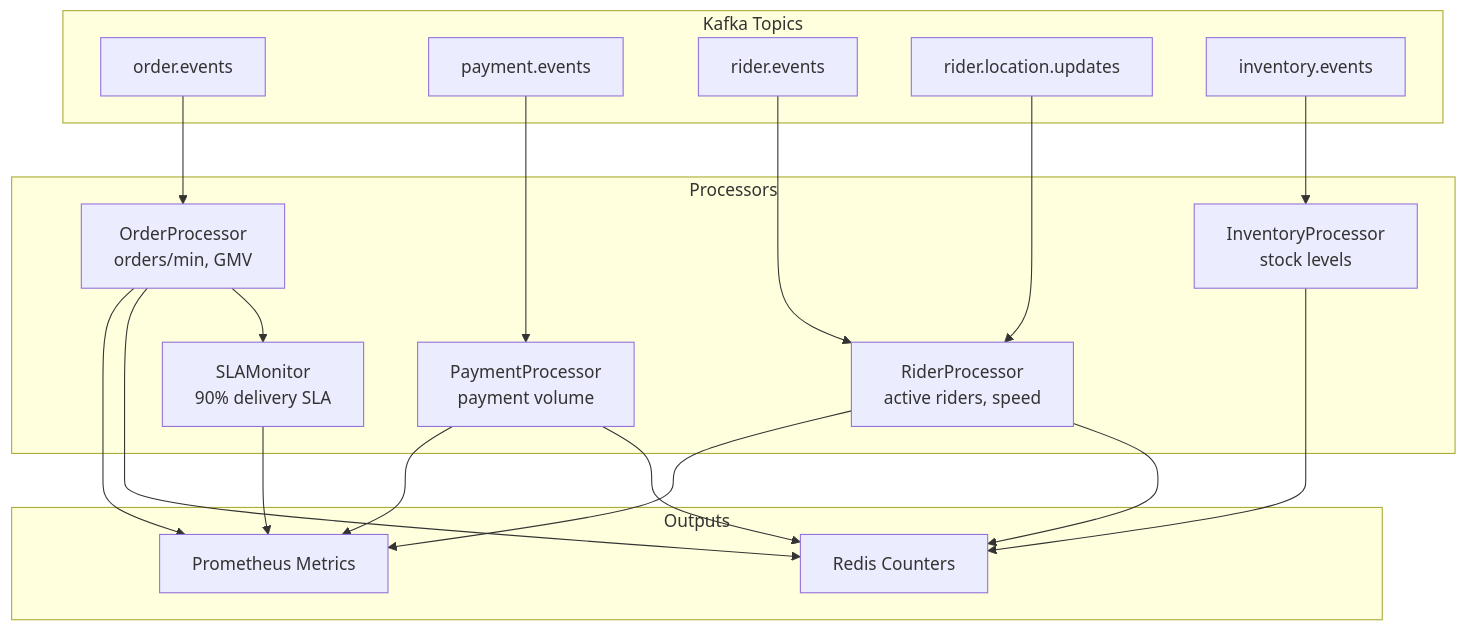
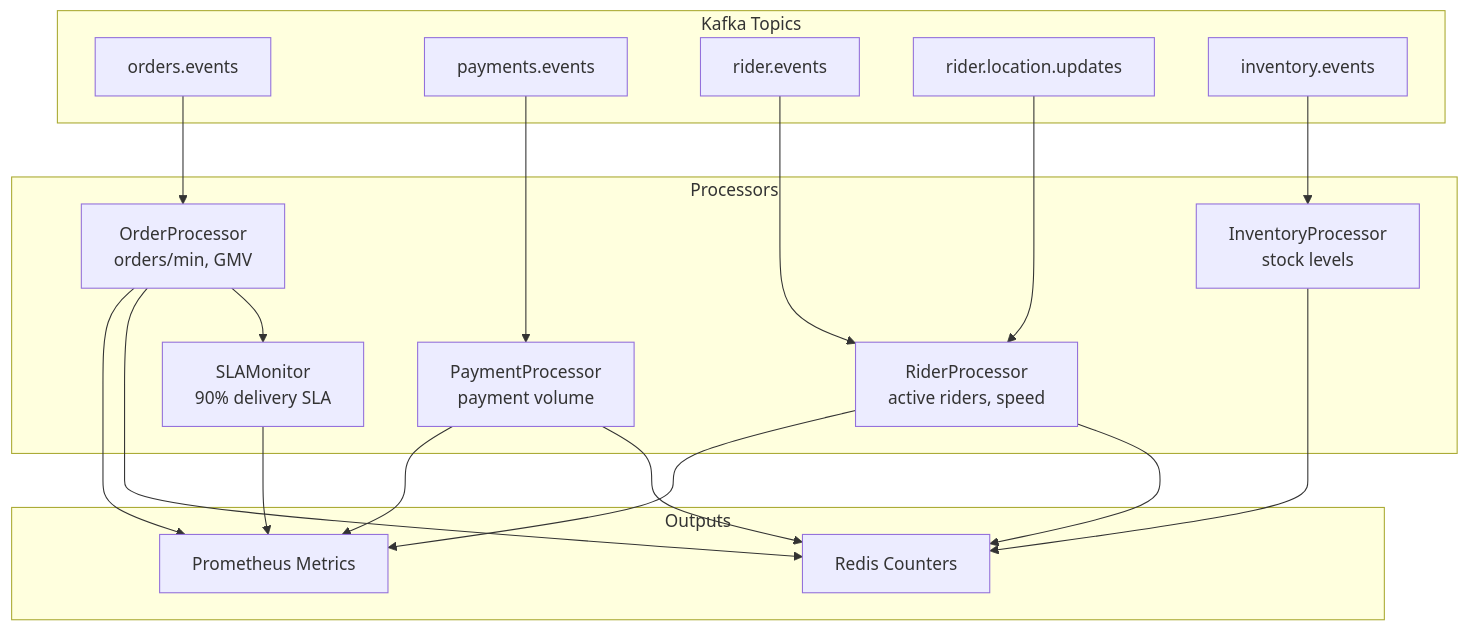
Before and after one commit to sunitakeazycommerz-a11y/InstaCommerce: diagram 18 of 25 in docs/architecture/LLD.md, drawn with Mermaid. The commit also changed other lines of this file and 124 other files, not shown here.

Commit message:
docs: synchronize root, architecture, ADR, service, and archive docs with codebase truth

````diff
--- a/docs/architecture/LLD.md
+++ b/docs/architecture/LLD.md
@@ -966,39 +966,39 @@
 ```mermaid
 flowchart TD
     subgraph Kafka Topics
-        T1[order.events]
-        T2[payment.events]
+        T1[orders.events]
+        T2[payments.events]
         T3[rider.events]
         T4[rider.location.updates]
         T5[inventory.events]
     end
 
     subgraph Processors
         OP[OrderProcessor<br/>orders/min, GMV]
         PP[PaymentProcessor<br/>payment volume]
         RP[RiderProcessor<br/>active riders, speed]
         IP[InventoryProcessor<br/>stock levels]
         SM[SLAMonitor<br/>90% delivery SLA]
     end
 
     subgraph Outputs
         RC[Redis Counters]
         PM[Prometheus Metrics]
     end
 
     T1 --> OP
     T2 --> PP
     T3 --> RP
     T4 --> RP
     T5 --> IP
     OP --> SM
 
     OP --> RC
     OP --> PM
     PP --> RC
     PP --> PM
     RP --> RC
     RP --> PM
     IP --> RC
     SM --> PM
 ```
````
